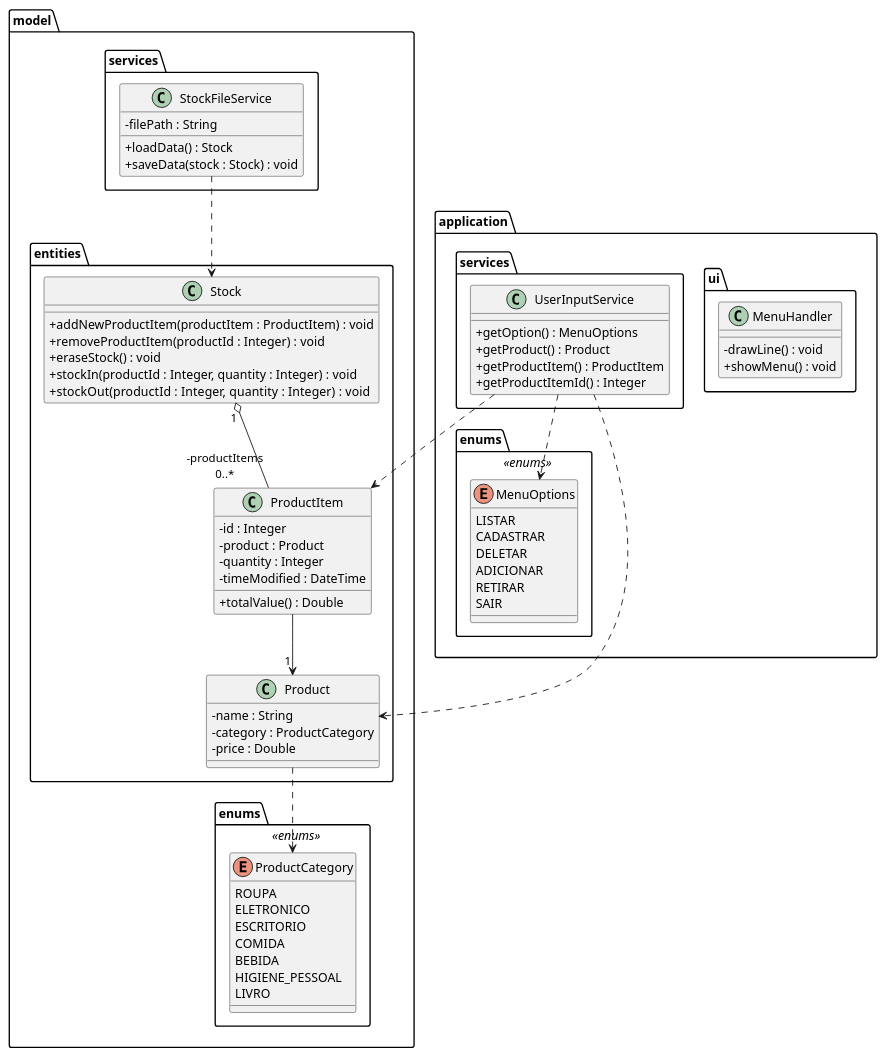
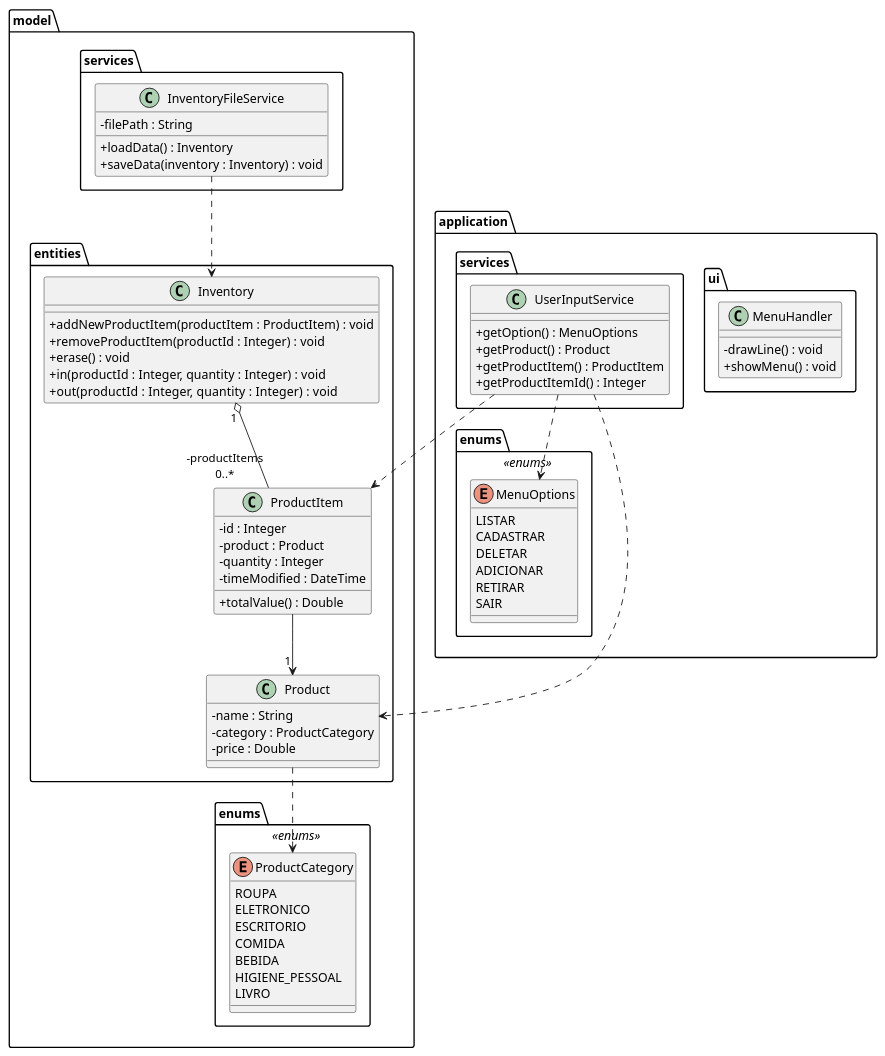
One commit to victormmcouto/java-crud-console changed the diagram in java-crud-console-umlclass.puml. Above: the diagram before and after it, drawn with PlantUML.

Commit message:
refactor: Altera nome da classe Stock para Inventory e altera nome dos métodos de ProductItem para nomes mais objetivos

```diff
--- a/java-crud-console-umlclass.puml
+++ b/java-crud-console-umlclass.puml
@@ -1,79 +1,79 @@
 @startuml
 skinparam classAttributeIconSize 0
 package model {
   package entities {
     class Product {
       - name : String
       - category : ProductCategory
       - price : Double
     }
-    class Stock {
+    class Inventory {
       + addNewProductItem(productItem : ProductItem) : void
       + removeProductItem(productId : Integer) : void
-      + eraseStock() : void
-      + stockIn(productId : Integer, quantity : Integer) : void
-      + stockOut(productId : Integer, quantity : Integer) :  void
+      + erase() : void
+      + in(productId : Integer, quantity : Integer) : void
+      + out(productId : Integer, quantity : Integer) :  void
     }
     class ProductItem {
       - id : Integer
       - product : Product
       - quantity : Integer
       - timeModified : DateTime
       + totalValue() : Double
     }
   }
   package services {
-      class StockFileService {
+      class InventoryFileService {
       - filePath : String
-      + loadData() : Stock
-      + saveData(stock : Stock) : void
+      + loadData() : Inventory
+      + saveData(inventory : Inventory) : void
     }
   }
   package enums <<enums>> {
     enum ProductCategory {
       ROUPA
       ELETRONICO
       ESCRITORIO
       COMIDA
       BEBIDA
       HIGIENE_PESSOAL
       LIVRO
     }
   }
 }
 
 package application {
   package application.ui {
     class MenuHandler {
     - drawLine() : void
     + showMenu() : void
     }
   }
   package enums <<enums>> {
     enum MenuOptions {
       LISTAR
       CADASTRAR
       DELETAR
       ADICIONAR
       RETIRAR
       SAIR
     }
   }
   package services {
     class UserInputService {
       + getOption() : MenuOptions
       + getProduct() : Product
       + getProductItem() : ProductItem
       + getProductItemId() : Integer
     }
   }
 }
 
 ProductItem --> "\t1" Product
-Stock "\t1" o-- "-productItems\n0..*" ProductItem
-StockFileService ..> Stock
+Inventory "\t1" o-- "-productItems\n0..*" ProductItem
+InventoryFileService ..> Inventory
 Product ..> ProductCategory
 UserInputService ..> MenuOptions
 UserInputService ..> Product
 UserInputService ..> ProductItem
 @enduml
```
